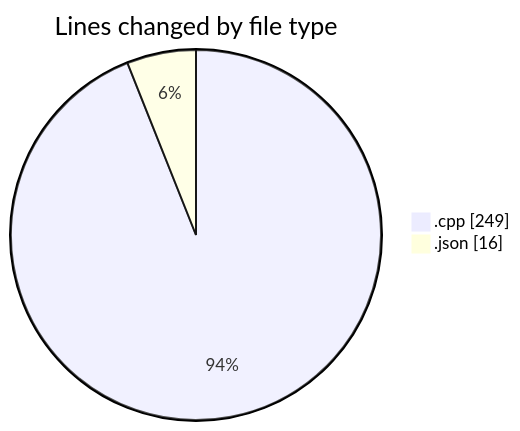
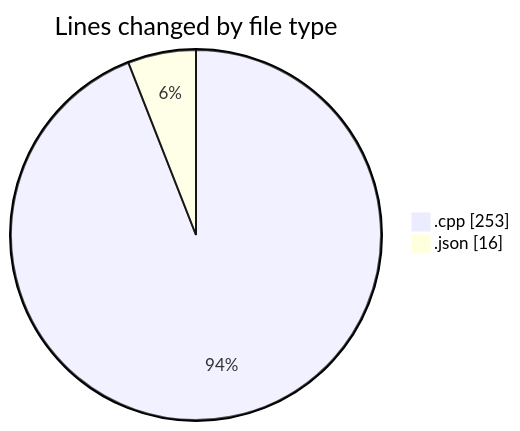
Before and after one commit to Netris89/code-tracking: the first of 2 diagrams in 2025-04-23/echo/README.md, drawn with Mermaid. The commit also changed other lines of this file and 1 other file, not shown here.

````diff
--- a/2025-04-23/echo/README.md
+++ b/2025-04-23/echo/README.md
@@ -21,6 +21,6 @@
 ```mermaid
 pie showData
 title Lines changed by file type
-".cpp" : 249
+".cpp" : 253
 ".json" : 16
 ```
````
